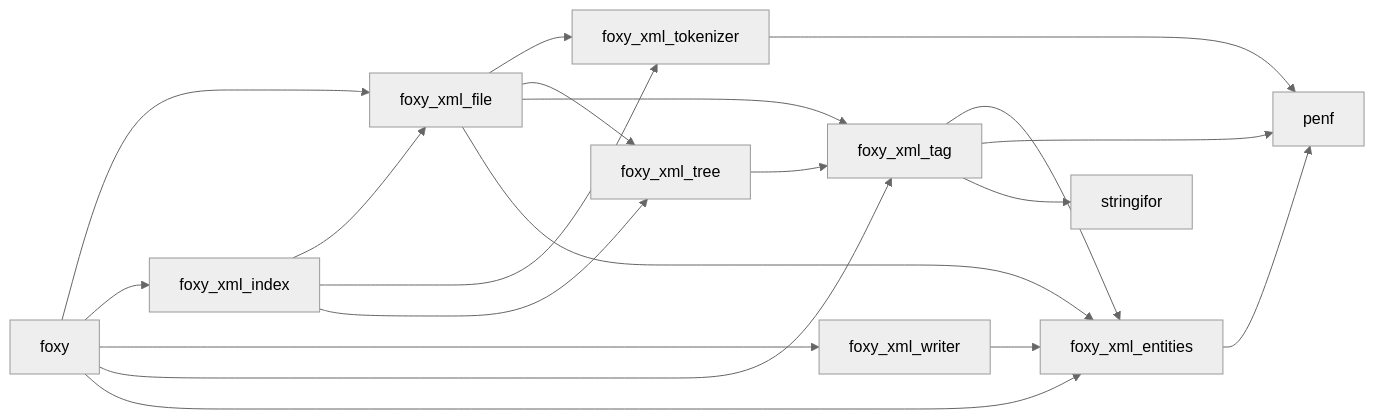
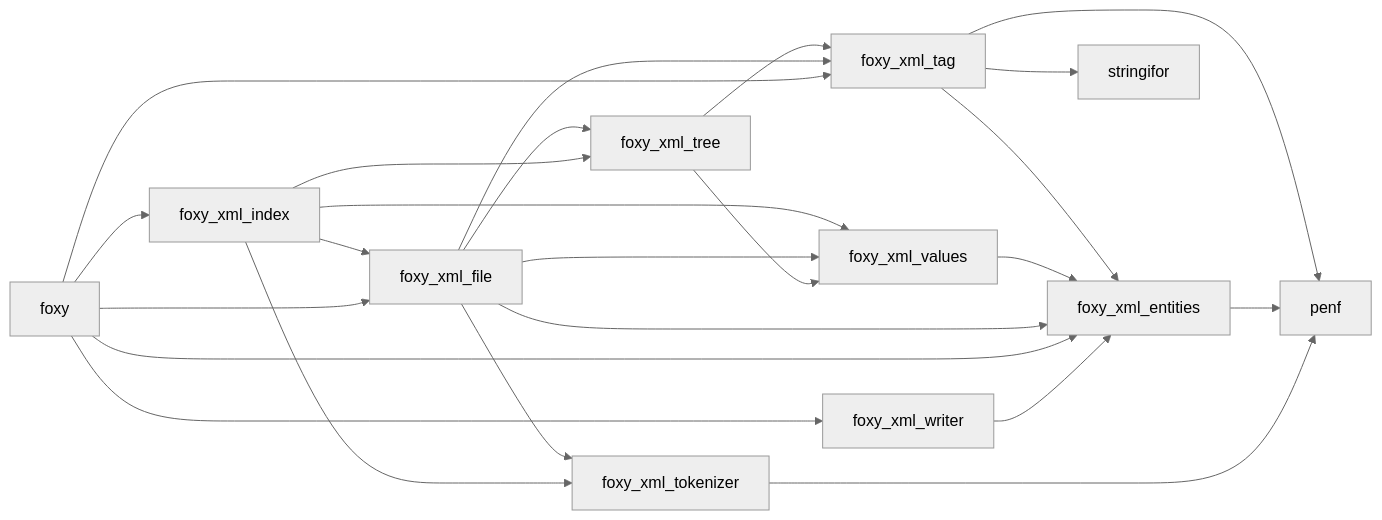
One commit to Fortran-FOSS-Programmers/FoXy changed the diagram in docs/guide/api-reference.md. Above: the diagram before and after it, drawn with Mermaid (neutral theme). The commit also changed other lines of this file and 2 other files, not shown here.

First line of the commit message:
docs(guide): document typed values for attributes and contents

````diff
--- a/docs/guide/api-reference.md
+++ b/docs/guide/api-reference.md
@@ -16,22 +17,26 @@
 ```mermaid
 graph LR
   foxy["foxy"] --> foxy_xml_file["foxy_xml_file"]
   foxy["foxy"] --> foxy_xml_index["foxy_xml_index"]
   foxy["foxy"] --> foxy_xml_writer["foxy_xml_writer"]
   foxy_xml_writer["foxy_xml_writer"] --> foxy_xml_entities["foxy_xml_entities"]
   foxy["foxy"] --> foxy_xml_tag["foxy_xml_tag"]
   foxy["foxy"] --> foxy_xml_entities["foxy_xml_entities"]
   foxy_xml_index["foxy_xml_index"] --> foxy_xml_file["foxy_xml_file"]
   foxy_xml_index["foxy_xml_index"] --> foxy_xml_tokenizer["foxy_xml_tokenizer"]
   foxy_xml_index["foxy_xml_index"] --> foxy_xml_tree["foxy_xml_tree"]
   foxy_xml_file["foxy_xml_file"] --> foxy_xml_tokenizer["foxy_xml_tokenizer"]
   foxy_xml_file["foxy_xml_file"] --> foxy_xml_tree["foxy_xml_tree"]
   foxy_xml_file["foxy_xml_file"] --> foxy_xml_tag["foxy_xml_tag"]
   foxy_xml_file["foxy_xml_file"] --> foxy_xml_entities["foxy_xml_entities"]
   foxy_xml_tree["foxy_xml_tree"] --> foxy_xml_tag["foxy_xml_tag"]
+  foxy_xml_tree["foxy_xml_tree"] --> foxy_xml_values["foxy_xml_values"]
+  foxy_xml_file["foxy_xml_file"] --> foxy_xml_values["foxy_xml_values"]
+  foxy_xml_index["foxy_xml_index"] --> foxy_xml_values["foxy_xml_values"]
+  foxy_xml_values["foxy_xml_values"] --> foxy_xml_entities["foxy_xml_entities"]
   foxy_xml_tokenizer["foxy_xml_tokenizer"] --> penf["penf"]
   foxy_xml_tag["foxy_xml_tag"] --> foxy_xml_entities["foxy_xml_entities"]
   foxy_xml_entities["foxy_xml_entities"] --> penf["penf"]
   foxy_xml_tag["foxy_xml_tag"] --> penf["penf"]
   foxy_xml_tag["foxy_xml_tag"] --> stringifor["stringifor"]
 ```
````
